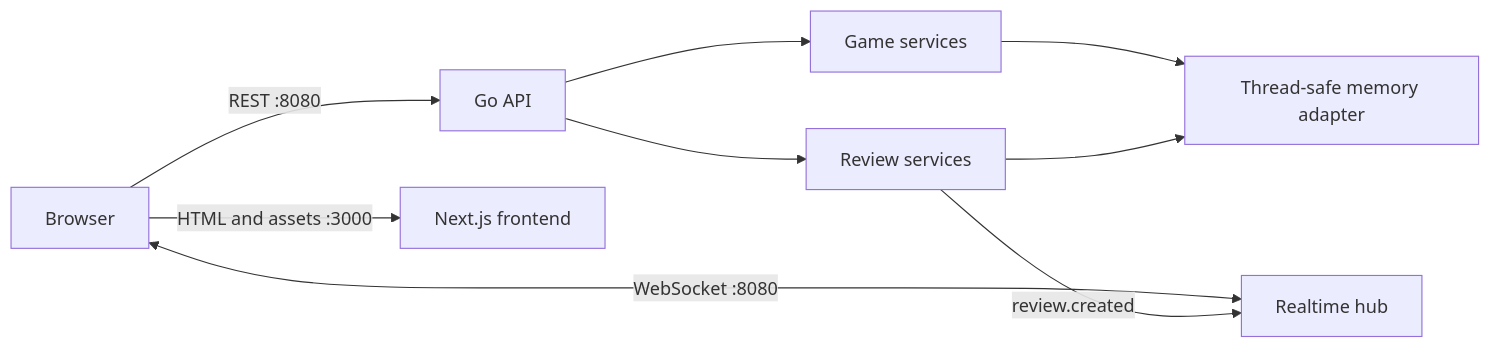
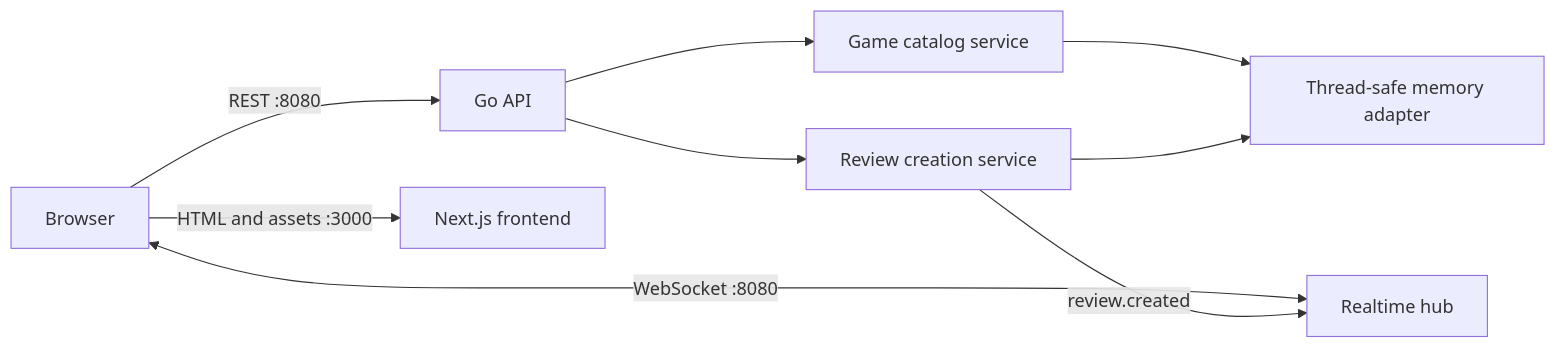
The first of 2 diagrams in docs/architecture.md (septivan/viger), drawn with Mermaid before and after one commit. The commit also changed other lines of this file and 1 other file, not shown here.

Commit message:
Generalize repository guidance

````diff
--- a/docs/architecture.md
+++ b/docs/architecture.md
@@ -9,11 +9,11 @@
 ```mermaid
 flowchart LR
     Browser[Browser] -->|REST :8080| API[Go API]
     Browser <-->|WebSocket :8080| Hub[Realtime hub]
     Browser -->|HTML and assets :3000| Web[Next.js frontend]
-    API --> GameService[Game services]
-    API --> ReviewService[Review services]
+    API --> GameService[Game catalog service]
+    API --> ReviewService[Review creation service]
     ReviewService -->|review.created| Hub
     GameService --> Store[Thread-safe memory adapter]
     ReviewService --> Store
 ```
````
